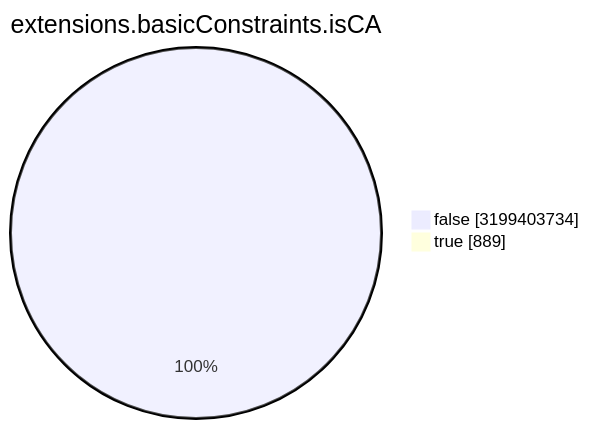
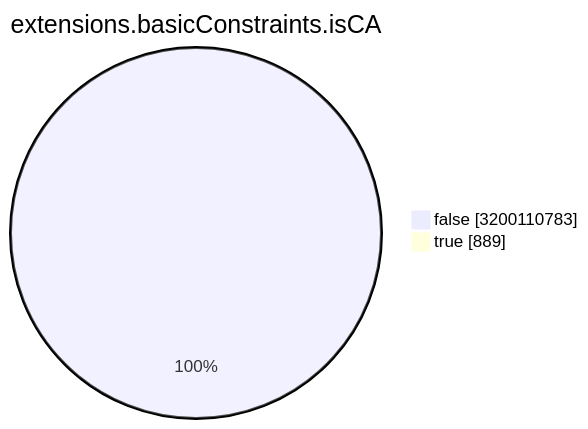
The seventh of 15 diagrams in TOTAL/README.md (christiankrug/ctmonitor_visualization), drawn with Mermaid before and after one commit. The commit also changed other lines of this file, not shown here.

````diff
--- a/TOTAL/README.md
+++ b/TOTAL/README.md
@@ -3088,6 +3088,6 @@
 ```mermaid
 pie showData
 title extensions.basicConstraints.isCA
-"false" :3199403734
+"false" :3200110783
 "true" :889
 ```
````
